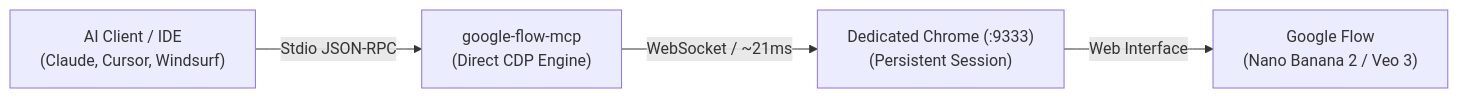
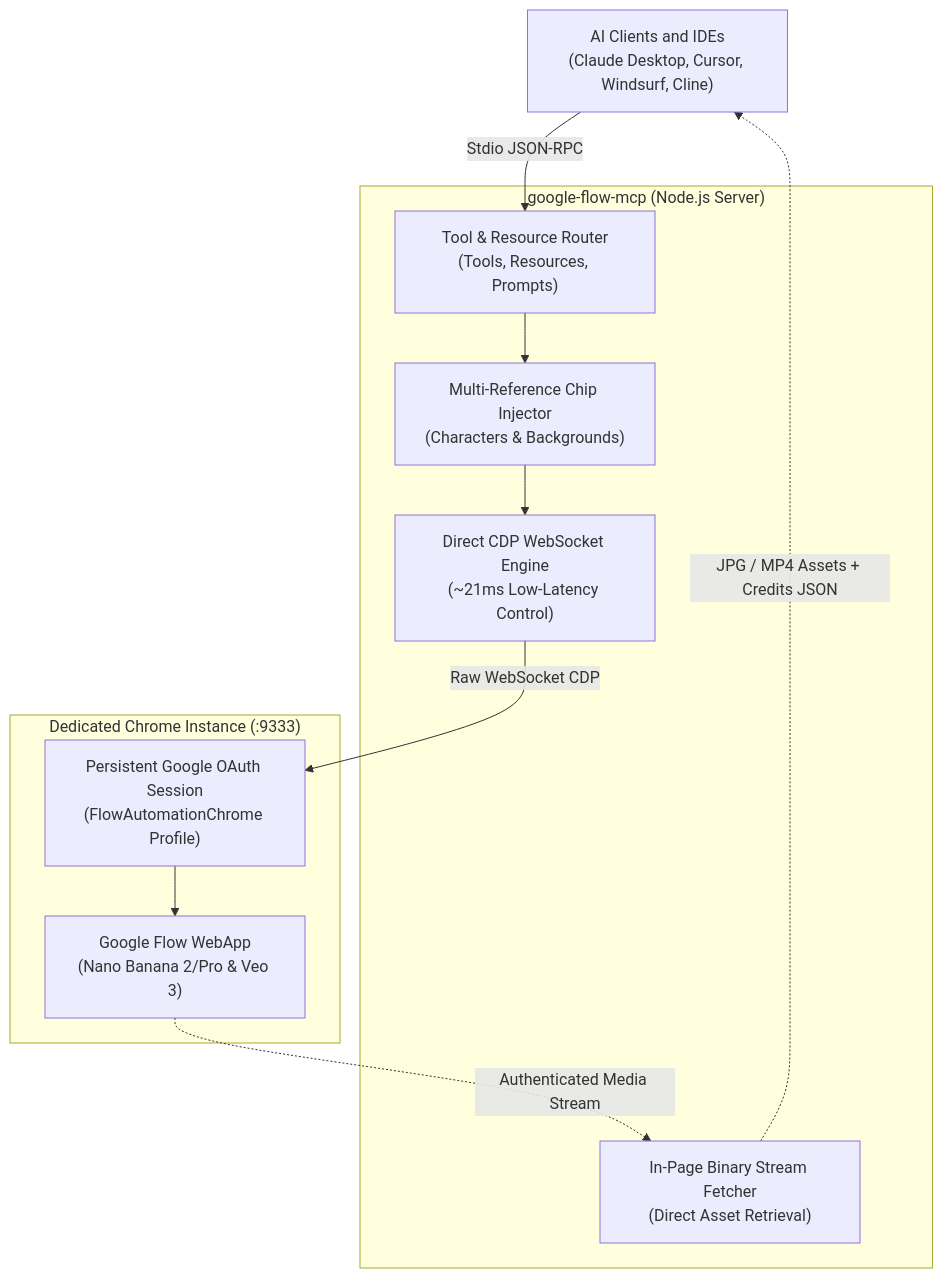
Before and after one commit to vynnlee/google-flow-mcp: the diagram in README.md, drawn with Mermaid.

Commit message:
docs: balance architecture diagram with core engine components and full data lifecycle

````diff
--- a/README.md
+++ b/README.md
@@ -210,6 +210,23 @@
 ```mermaid
-flowchart LR
-    Client["AI Client / IDE\n(Claude, Cursor, Windsurf)"] -->|Stdio JSON-RPC| MCP["google-flow-mcp\n(Direct CDP Engine)"]
-    MCP -->|WebSocket / ~21ms| Chrome["Dedicated Chrome (:9333)\n(Persistent Session)"]
-    Chrome -->|Web Interface| Flow["Google Flow\n(Nano Banana 2 / Veo 3)"]
+flowchart TD
+    Client["AI Clients and IDEs\n(Claude Desktop, Cursor, Windsurf, Cline)"]
+    
+    subgraph MCPServer["google-flow-mcp (Node.js Server)"]
+        Router["Tool & Resource Router\n(Tools, Resources, Prompts)"]
+        Engine["Direct CDP WebSocket Engine\n(~21ms Low-Latency Control)"]
+        MultiRef["Multi-Reference Chip Injector\n(Characters & Backgrounds)"]
+        StreamFetch["In-Page Binary Stream Fetcher\n(Direct Asset Retrieval)"]
+    end
+    
+    subgraph Browser["Dedicated Chrome Instance (:9333)"]
+        Session["Persistent Google OAuth Session\n(FlowAutomationChrome Profile)"]
+        Flow["Google Flow WebApp\n(Nano Banana 2/Pro & Veo 3)"]
+    end
+
+    Client -->|Stdio JSON-RPC| Router
+    Router --> MultiRef --> Engine
+    Engine -->|Raw WebSocket CDP| Session
+    Session --> Flow
+    Flow -.->|Authenticated Media Stream| StreamFetch
+    StreamFetch -.->|JPG / MP4 Assets + Credits JSON| Client
 ```
````
